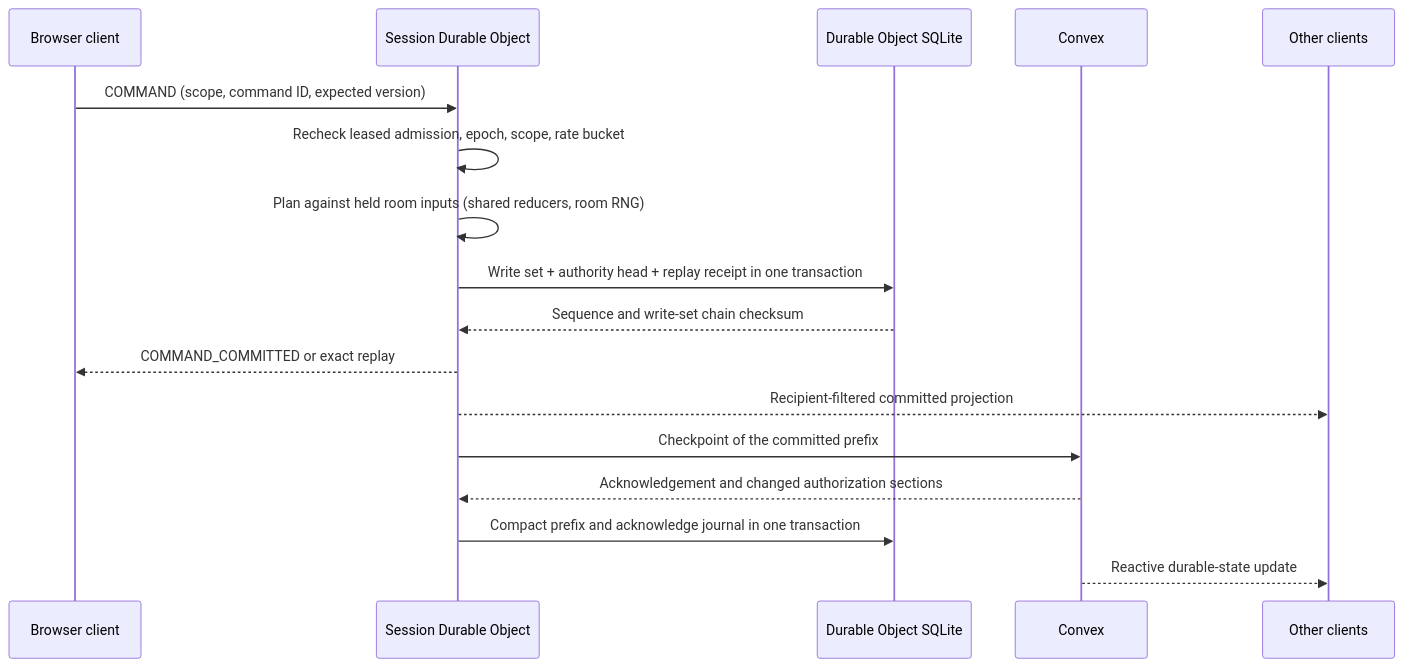
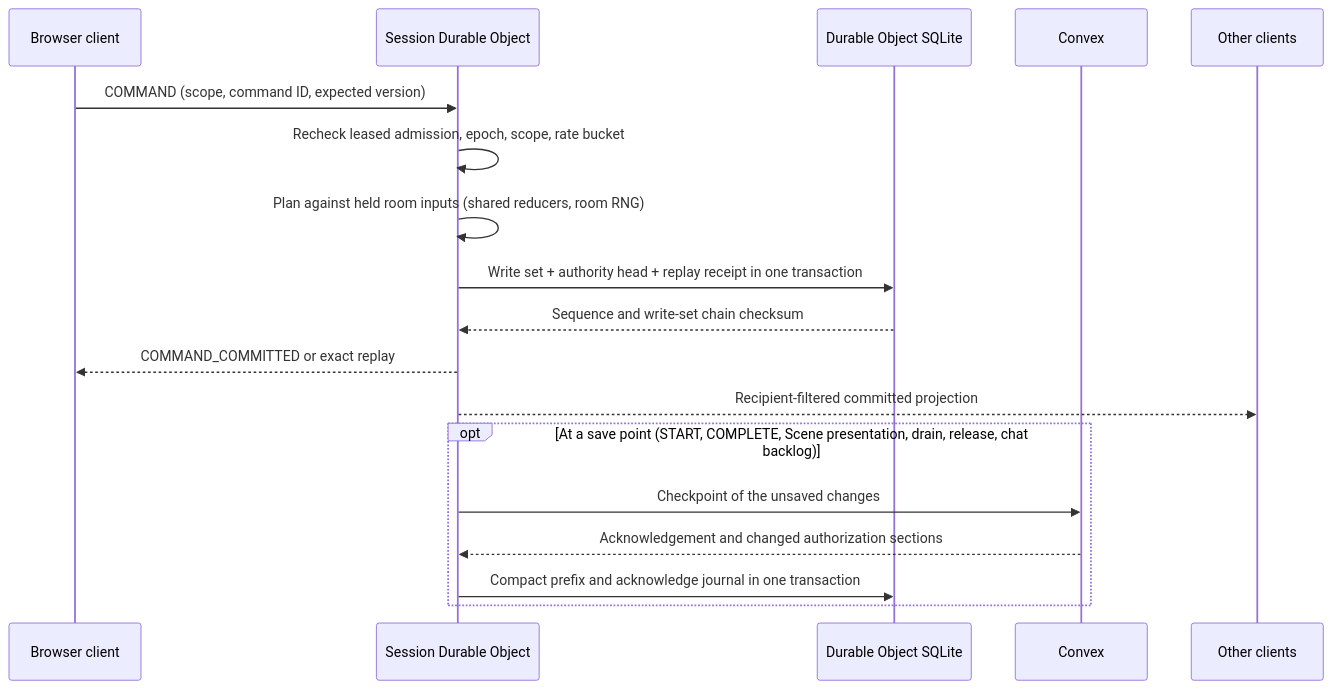
The second of 3 diagrams in docs/architecture/live-sessions.md (MPiland/artificer-toolkit), drawn with Mermaid before and after one commit. The commit also changed other lines of this file and 5 other files, not shown here.

First line of the commit message:
PERF-3.T1: architecture guides describe the room-authoritative design

````diff
--- a/docs/architecture/live-sessions.md
+++ b/docs/architecture/live-sessions.md
@@ -84,20 +86,21 @@
 ```mermaid
 sequenceDiagram
   participant Client as Browser client
   participant Room as Session Durable Object
   participant SQLite as Durable Object SQLite
   participant Convex as Convex
   participant Peers as Other clients
 
   Client->>Room: COMMAND (scope, command ID, expected version)
   Room->>Room: Recheck leased admission, epoch, scope, rate bucket
   Room->>Room: Plan against held room inputs (shared reducers, room RNG)
   Room->>SQLite: Write set + authority head + replay receipt in one transaction
   SQLite-->>Room: Sequence and write-set chain checksum
   Room-->>Client: COMMAND_COMMITTED or exact replay
   Room-->>Peers: Recipient-filtered committed projection
-  Room->>Convex: Checkpoint of the committed prefix
-  Convex-->>Room: Acknowledgement and changed authorization sections
-  Room->>SQLite: Compact prefix and acknowledge journal in one transaction
-  Convex-->>Peers: Reactive durable-state update
+  opt At a save point (START, COMPLETE, Scene presentation, drain, release, chat backlog)
+    Room->>Convex: Checkpoint of the unsaved changes
+    Convex-->>Room: Acknowledgement and changed authorization sections
+    Room->>SQLite: Compact prefix and acknowledge journal in one transaction
+  end
 ```
````
